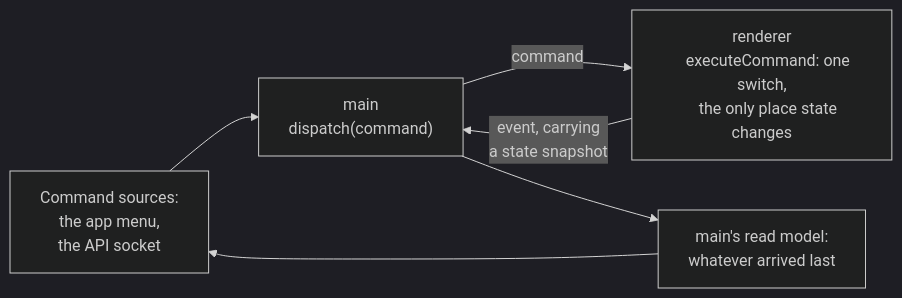
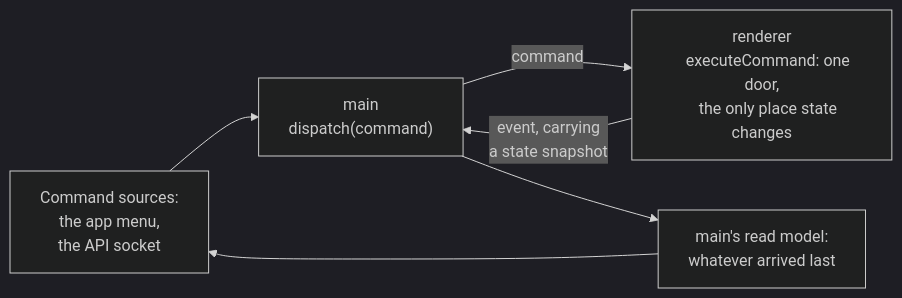
One commit to luis-herasme/lmux changed the diagram in ARCHITECTURE.md. Above: the diagram before and after it, drawn with Mermaid (dark theme). The commit also changed other lines of this file and 15 other files, not shown here.

````diff
--- a/ARCHITECTURE.md
+++ b/ARCHITECTURE.md
@@ -124,15 +124,15 @@
 ```mermaid
 flowchart LR
     S["Command sources:
     the app menu,
     the API socket"] --> M
     M["main
     dispatch(command)"] -->|command| R
     R["renderer
-    executeCommand: one switch,
+    executeCommand: one door,
     the only place state changes"] -->|"event, carrying
     a state snapshot"| M
     M --> K["main's read model:
     whatever arrived last"]
     K --> S
 ```
````
